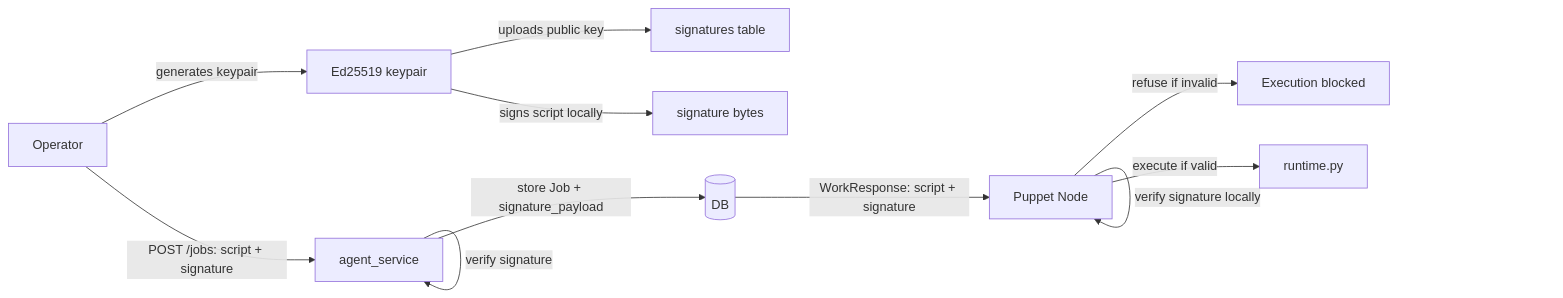
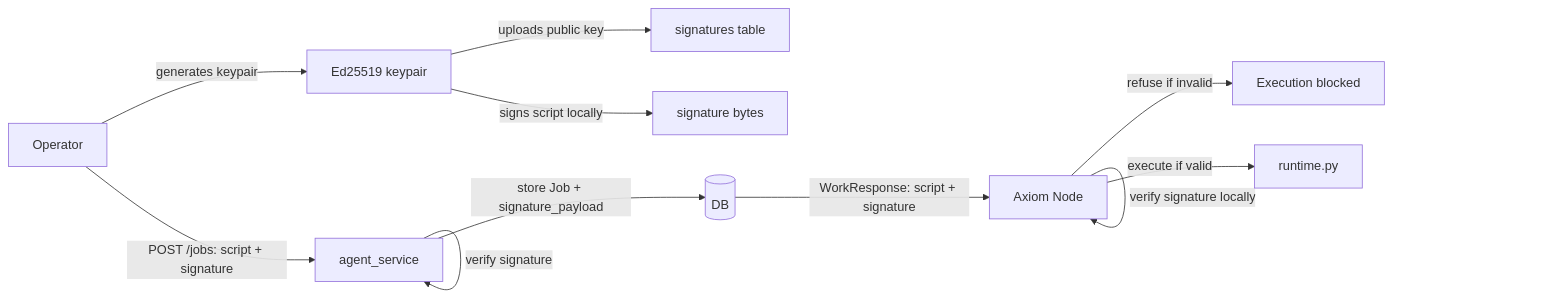
One commit to axiom-laboratories/axiom changed the fourth of 7 diagrams in docs/docs/developer/architecture.md. Above: the diagram before and after it, drawn with Mermaid. The commit also changed other lines of this file and 5 other files, not shown here.

````diff
--- a/docs/docs/developer/architecture.md
+++ b/docs/docs/developer/architecture.md
@@ -336,13 +336,13 @@
 ```mermaid
 flowchart LR
     OP[Operator] -->|generates keypair| KEY[Ed25519 keypair]
     KEY -->|uploads public key| SIG[signatures table]
     KEY -->|signs script locally| SIGN[signature bytes]
     OP -->|POST /jobs: script + signature| A[agent_service]
     A -->|verify signature| A
     A -->|store Job + signature_payload| DB[(DB)]
-    DB -->|WorkResponse: script + signature| N[Puppet Node]
+    DB -->|WorkResponse: script + signature| N[Axiom Node]
     N -->|verify signature locally| N
     N -->|refuse if invalid| X[Execution blocked]
     N -->|execute if valid| R[runtime.py]
 ```
````
